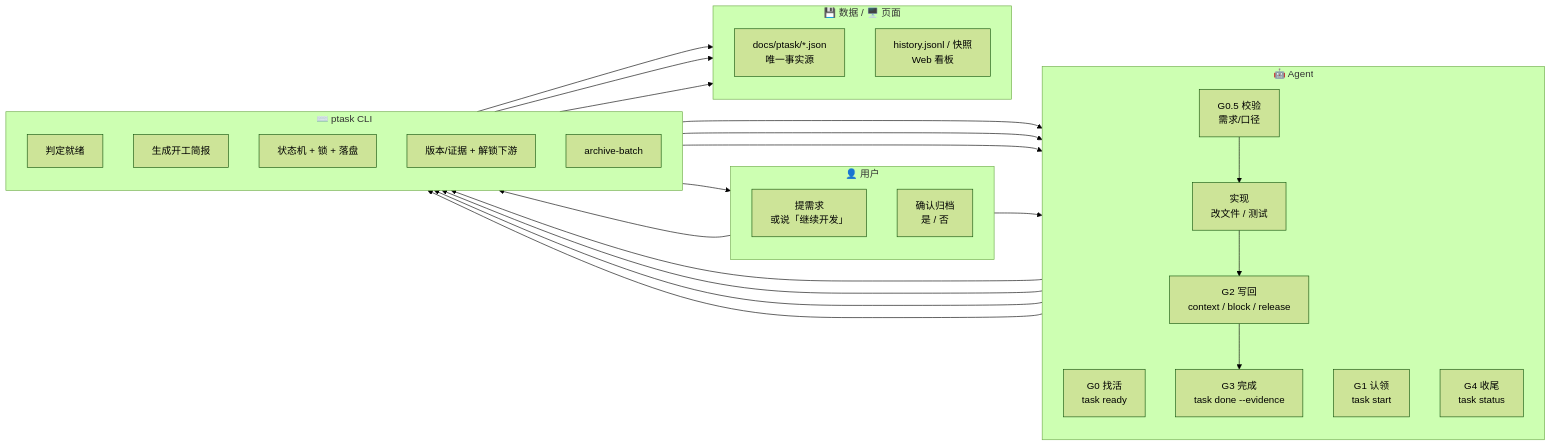
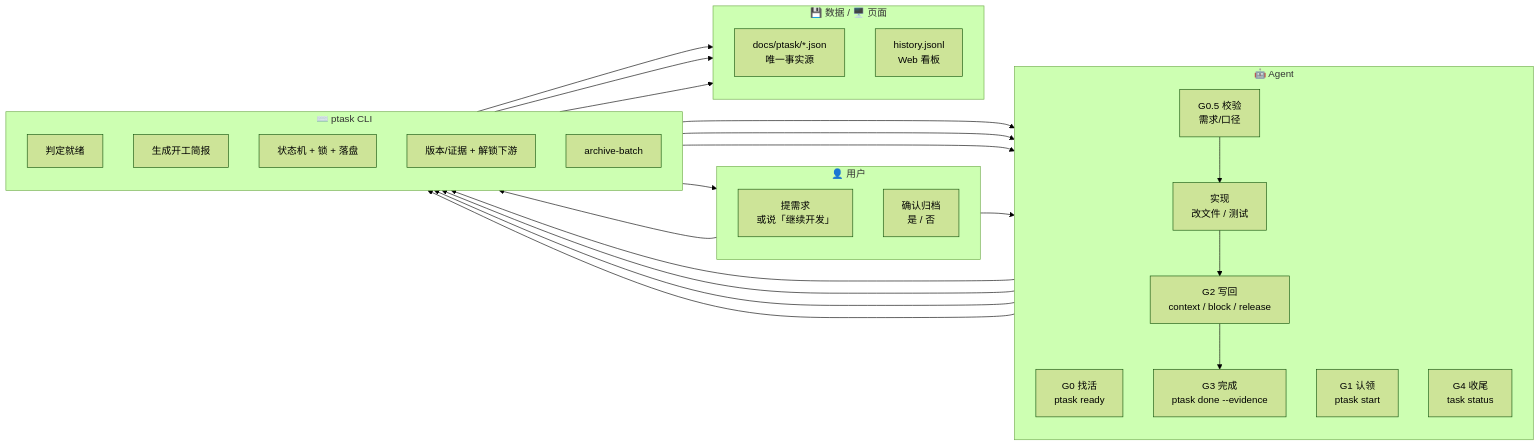
Before and after one commit to OptimisticGeek/dsh-project-todo: the first of 5 diagrams in docs/HELP.md, drawn with Mermaid (forest theme). The commit also changed other lines of this file and 5 other files, not shown here.

First line of the commit message:
docs: v4.0.0 改名与渐进式视图文档

````diff
--- a/docs/HELP.md
+++ b/docs/HELP.md
@@ -67,48 +67,48 @@
 ```mermaid
 flowchart LR
   subgraph USER["👤 用户"]
     direction TB
     U1["提需求<br/>或说「继续开发」"]
     U2["确认归档<br/>是 / 否"]
   end
   subgraph AGENT["🤖 Agent"]
     direction TB
-    A1["G0 找活<br/>task ready"]
-    A2["G1 认领<br/>task start"]
+    A1["G0 找活<br/>ptask ready"]
+    A2["G1 认领<br/>ptask start"]
     A3["G0.5 校验<br/>需求/口径"]
     A4["实现<br/>改文件 / 测试"]
     A5["G2 写回<br/>context / block / release"]
-    A6["G3 完成<br/>task done --evidence"]
+    A6["G3 完成<br/>ptask done --evidence"]
     A7["G4 收尾<br/>task status"]
   end
   subgraph CLI["⌨️ ptask CLI"]
     direction TB
     C1["判定就绪"]
     C2["生成开工简报"]
     C3["状态机 + 锁 + 落盘"]
     C4["版本/证据 + 解锁下游"]
     C5["archive-batch"]
   end
   subgraph DATA["💾 数据 / 🖥️ 页面"]
     direction TB
     D1["docs/ptask/*.json<br/>唯一事实源"]
-    D2["history.jsonl / 快照<br/>Web 看板"]
+    D2["history.jsonl<br/>Web 看板"]
   end
 
   U1 --> A1
   A1 --> C1
   C1 --> A2
   A2 --> C2
   C2 --> A3
   A3 --> A4
   A4 --> A5
   A5 --> C3
   A5 --> A6
   A6 --> C4
   C4 --> A7
   C4 --> U2
   U2 --> C5
   C3 --> D1
   C4 --> D2
   C5 --> D1
 ```
````
